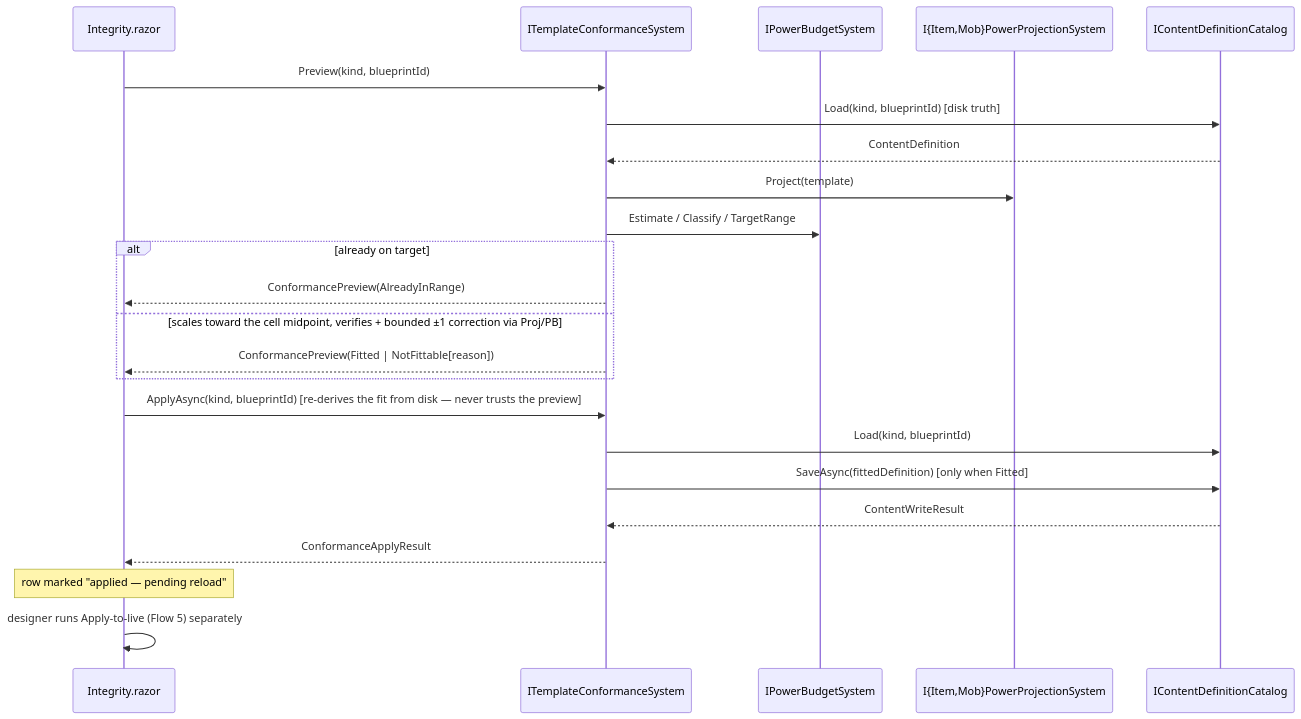
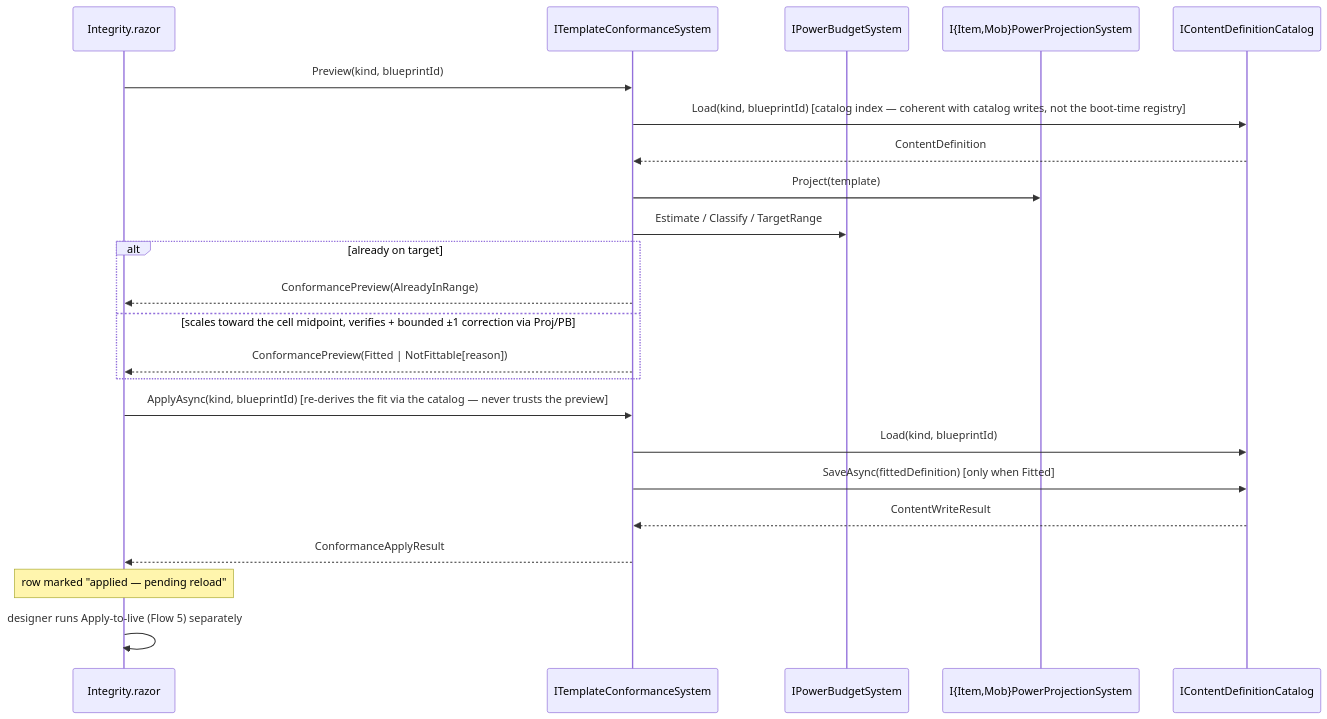
The fourth of 5 diagrams in docs/architecture/flows/flow-29-bulk-content-generation.md (dmbyer/Hedron), drawn with Mermaid before and after one commit. The commit also changed other lines of this file and 37 other files, not shown here.

First line of the commit message:
Authoring editor repair: catalog index cache + editor UX ratchet (#154)

````diff
--- a/docs/architecture/flows/flow-29-bulk-content-generation.md
+++ b/docs/architecture/flows/flow-29-bulk-content-generation.md
@@ -197,26 +224,26 @@
 ```mermaid
 sequenceDiagram
     participant UI as Integrity.razor
     participant Fit as ITemplateConformanceSystem
     participant PB as IPowerBudgetSystem
     participant Proj as I{Item,Mob}PowerProjectionSystem
     participant Cat as IContentDefinitionCatalog
 
     UI->>Fit: Preview(kind, blueprintId)
-    Fit->>Cat: Load(kind, blueprintId)  [disk truth]
+    Fit->>Cat: Load(kind, blueprintId)  [catalog index — coherent with catalog writes, not the boot-time registry]
     Cat-->>Fit: ContentDefinition
     Fit->>Proj: Project(template)
     Fit->>PB: Estimate / Classify / TargetRange
     alt already on target
         Fit-->>UI: ConformancePreview(AlreadyInRange)
     else scales toward the cell midpoint, verifies + bounded ±1 correction via Proj/PB
         Fit-->>UI: ConformancePreview(Fitted | NotFittable[reason])
     end
-    UI->>Fit: ApplyAsync(kind, blueprintId)  [re-derives the fit from disk — never trusts the preview]
+    UI->>Fit: ApplyAsync(kind, blueprintId)  [re-derives the fit via the catalog — never trusts the preview]
     Fit->>Cat: Load(kind, blueprintId)
     Fit->>Cat: SaveAsync(fittedDefinition)  [only when Fitted]
     Cat-->>Fit: ContentWriteResult
     Fit-->>UI: ConformanceApplyResult
     Note over UI: row marked "applied — pending reload"
     UI->>UI: designer runs Apply-to-live (Flow 5) separately
 ```
````
